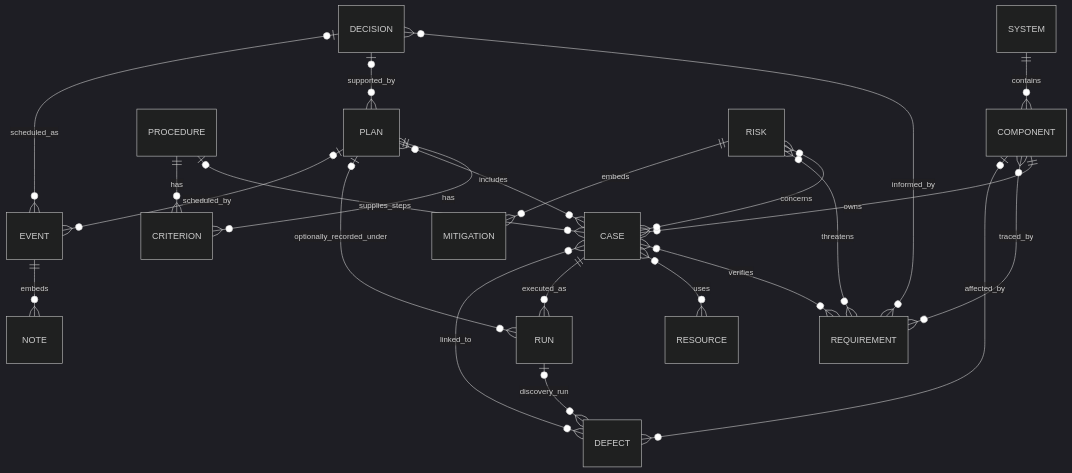
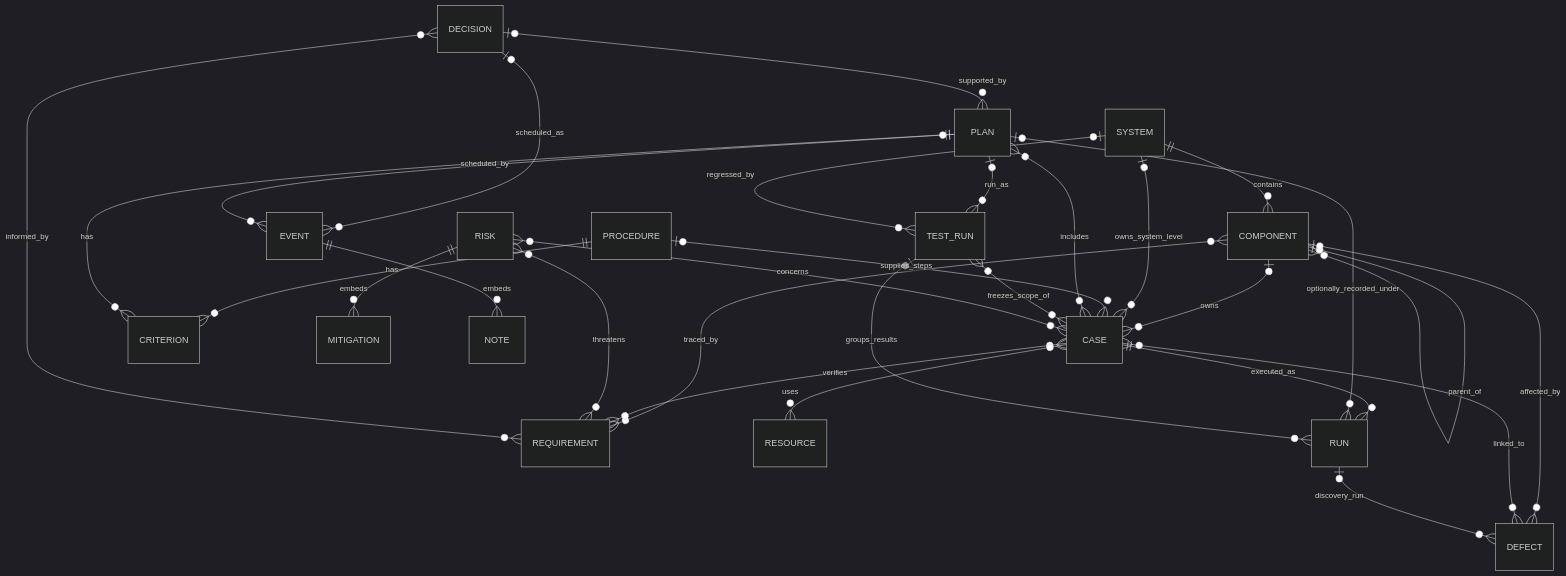
The third of 6 diagrams in docs/ARCHITECTURE.md (the6thdimension/MSM-1-Console), drawn with Mermaid (dark theme) before and after one commit. The commit also changed other lines of this file and 16 other files, not shown here.

First line of the commit message:
Regression testing: test run sessions, full-system regression, subcomponents

````diff
--- a/docs/ARCHITECTURE.md
+++ b/docs/ARCHITECTURE.md
@@ -64,25 +65,31 @@
 ```mermaid
 erDiagram
   SYSTEM ||--o{ COMPONENT : contains
-  COMPONENT ||--o{ CASE : owns
+  COMPONENT o|--o{ COMPONENT : parent_of
+  COMPONENT o|--o{ CASE : owns
+  SYSTEM o|--o{ CASE : owns_system_level
   COMPONENT }o--o{ REQUIREMENT : traced_by
   PROCEDURE o|--o{ CASE : supplies_steps
   PROCEDURE ||--o{ CRITERION : has
   PLAN ||--o{ CRITERION : has
   CASE }o--o{ REQUIREMENT : verifies
   CASE }o--o{ RESOURCE : uses
   PLAN }o--o{ CASE : includes
   CASE ||--o{ RUN : executed_as
   PLAN o|--o{ RUN : optionally_recorded_under
+  PLAN o|--o{ TEST_RUN : run_as
+  SYSTEM o|--o{ TEST_RUN : regressed_by
+  TEST_RUN }o--o{ CASE : freezes_scope_of
+  TEST_RUN o|--o{ RUN : groups_results
   COMPONENT o|--o{ DEFECT : affected_by
   CASE }o--o{ DEFECT : linked_to
   RUN o|--o{ DEFECT : discovery_run
   RISK }o--o{ CASE : concerns
   RISK }o--o{ REQUIREMENT : threatens
   RISK ||--o{ MITIGATION : embeds
   DECISION }o--o{ REQUIREMENT : informed_by
   DECISION o|--o{ PLAN : supported_by
   DECISION o|--o{ EVENT : scheduled_as
   PLAN o|--o{ EVENT : scheduled_by
   EVENT ||--o{ NOTE : embeds
 ```
````
